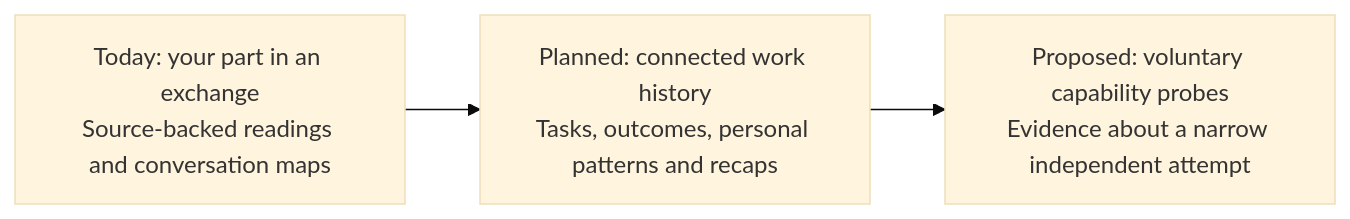
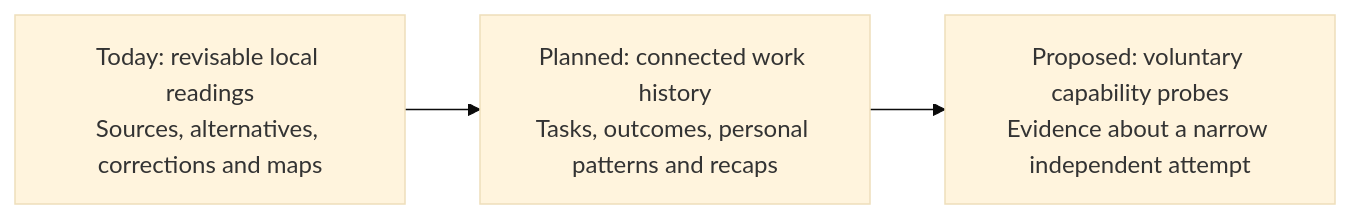
Before and after one commit to romrom-20/Vernier: the diagram in README.md, drawn with Mermaid (base theme). The commit also changed other lines of this file and 48 other files, not shown here.

Commit message:
Add revisitable local reasoning with source checks and human corrections

````diff
--- a/README.md
+++ b/README.md
@@ -39,5 +39,5 @@
 ```mermaid
 flowchart LR
-    A["Today: your part in an exchange<br/>Source-backed readings and conversation maps"] --> B["Planned: connected work history<br/>Tasks, outcomes, personal patterns and recaps"]
+    A["Today: revisable local readings<br/>Sources, alternatives, corrections and maps"] --> B["Planned: connected work history<br/>Tasks, outcomes, personal patterns and recaps"]
     B --> C["Proposed: voluntary capability probes<br/>Evidence about a narrow independent attempt"]
 ```
````
